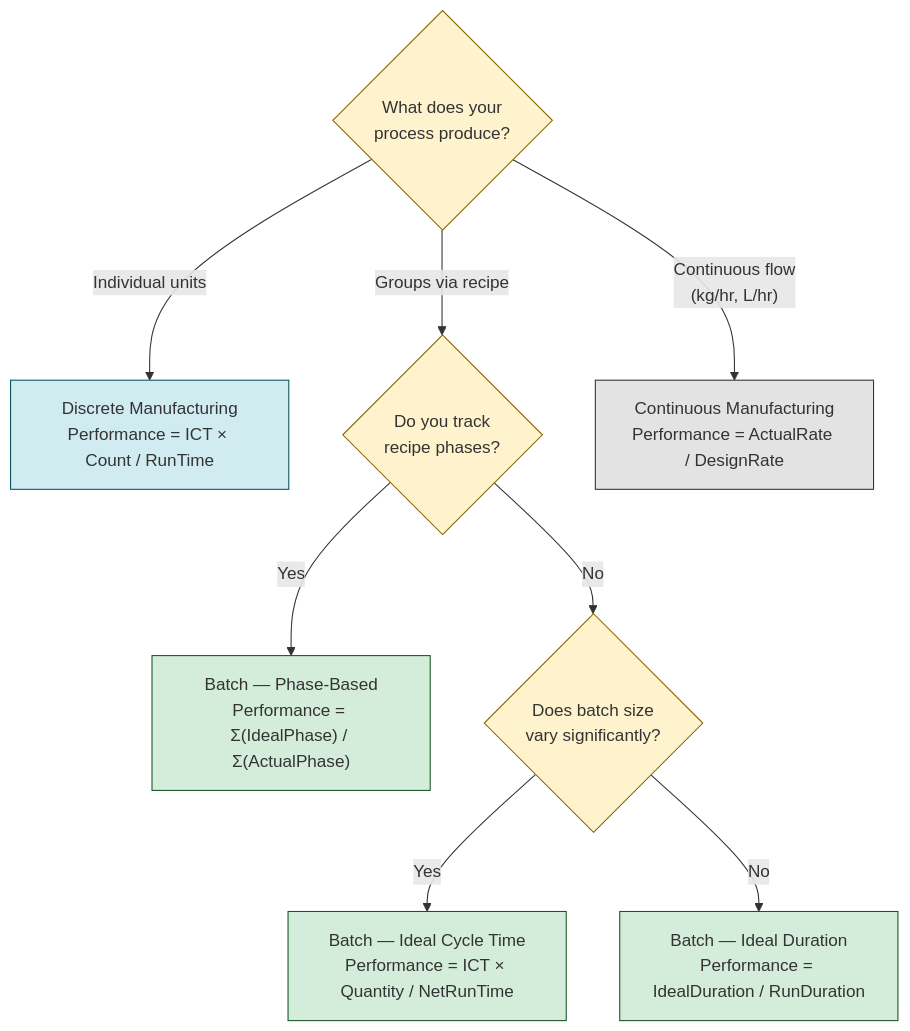
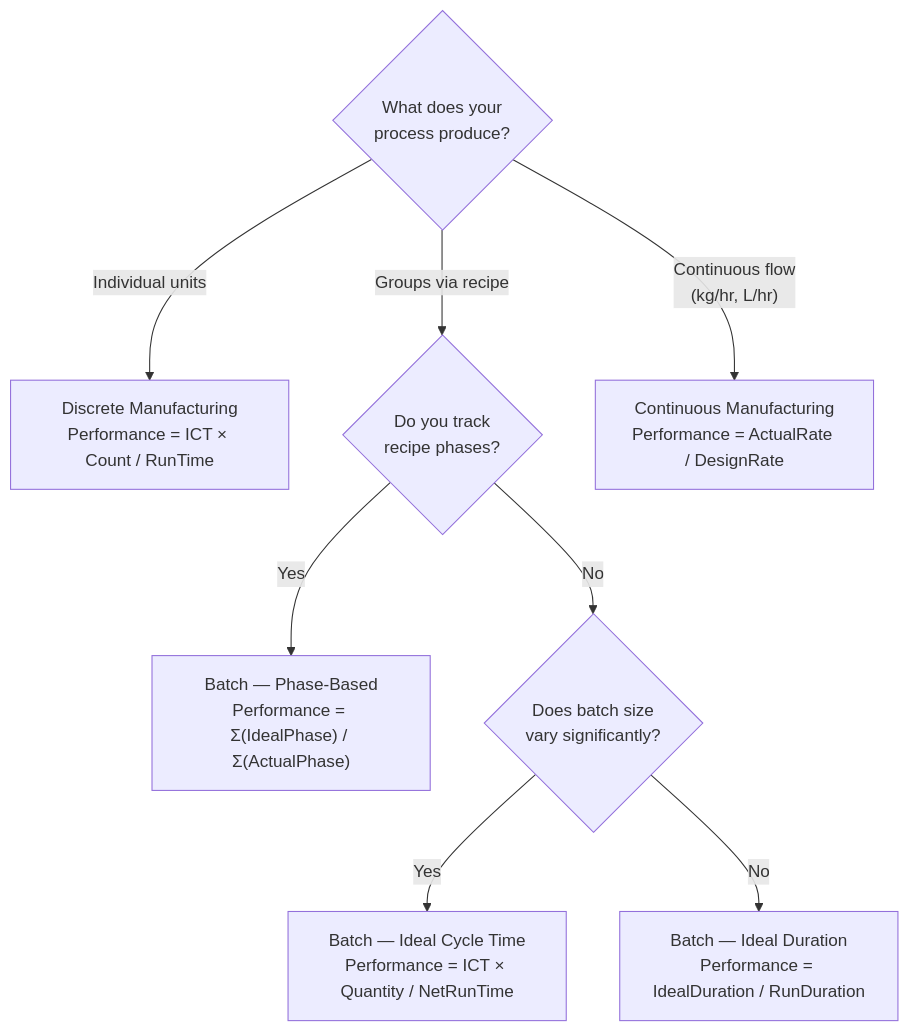
Before and after one commit to faris-isa/hermes-research: the diagram in content/knowledge/oee/calculation.md, drawn with Mermaid. The commit also changed 5 other files, not shown here.

First line of the commit message:
fix: remove custom Mermaid styling for dark theme compatibility (#8)

````diff
--- a/content/knowledge/oee/calculation.md
+++ b/content/knowledge/oee/calculation.md
@@ -16,20 +16,11 @@
 ```mermaid
 graph TD
     Q1{"What does your<br/>process produce?"}
     Q1 -->|"Individual units"| D["Discrete Manufacturing<br/>Performance = ICT × Count / RunTime"]
     Q1 -->|"Groups via recipe"| Q2{"Do you track<br/>recipe phases?"}
     Q1 -->|"Continuous flow<br/>(kg/hr, L/hr)"| C["Continuous Manufacturing<br/>Performance = ActualRate / DesignRate"]
     Q2 -->|"Yes"| B3["Batch — Phase-Based<br/>Performance = Σ(IdealPhase) / Σ(ActualPhase)"]
     Q2 -->|"No"| Q3{"Does batch size<br/>vary significantly?"}
     Q3 -->|"Yes"| B2["Batch — Ideal Cycle Time<br/>Performance = ICT × Quantity / NetRunTime"]
     Q3 -->|"No"| B1["Batch — Ideal Duration<br/>Performance = IdealDuration / RunDuration"]
-
-    style Q1 fill:#fff3cd,stroke:#856404
-    style Q2 fill:#fff3cd,stroke:#856404
-    style Q3 fill:#fff3cd,stroke:#856404
-    style D fill:#d1ecf1,stroke:#0c5460
-    style B1 fill:#d4edda,stroke:#155724
-    style B2 fill:#d4edda,stroke:#155724
-    style B3 fill:#d4edda,stroke:#155724
-    style C fill:#e3e3e3,stroke:#333
 ```
````
